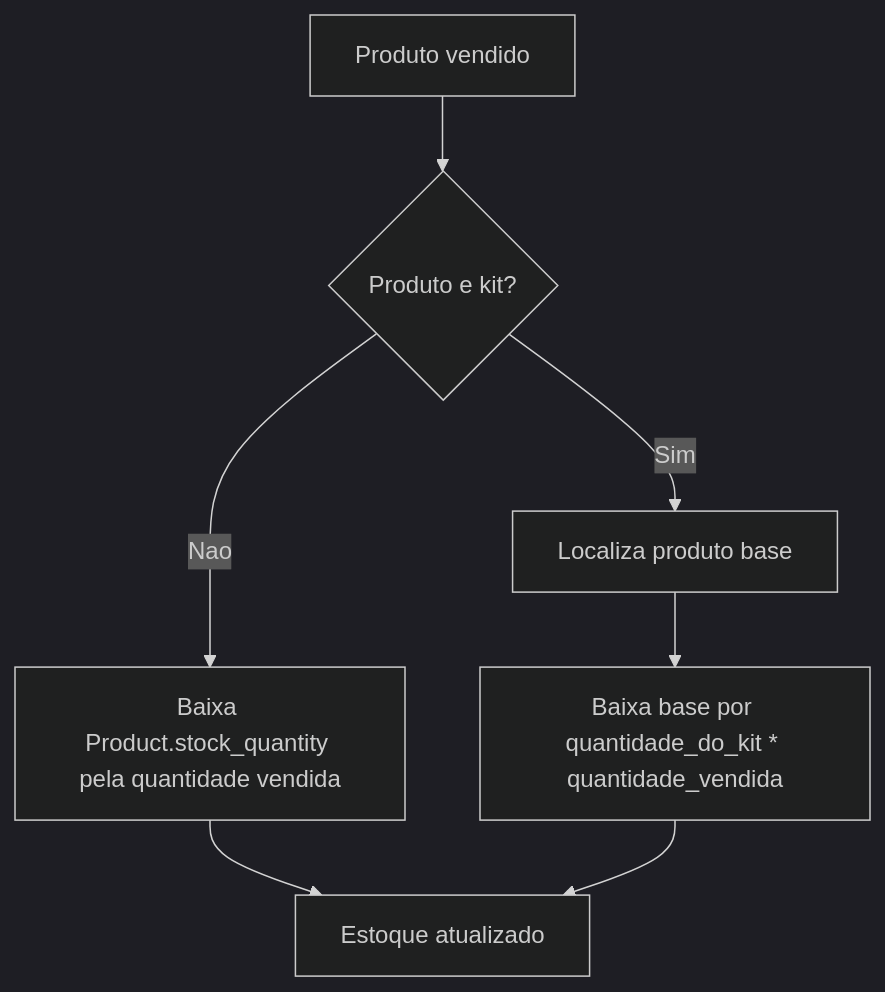
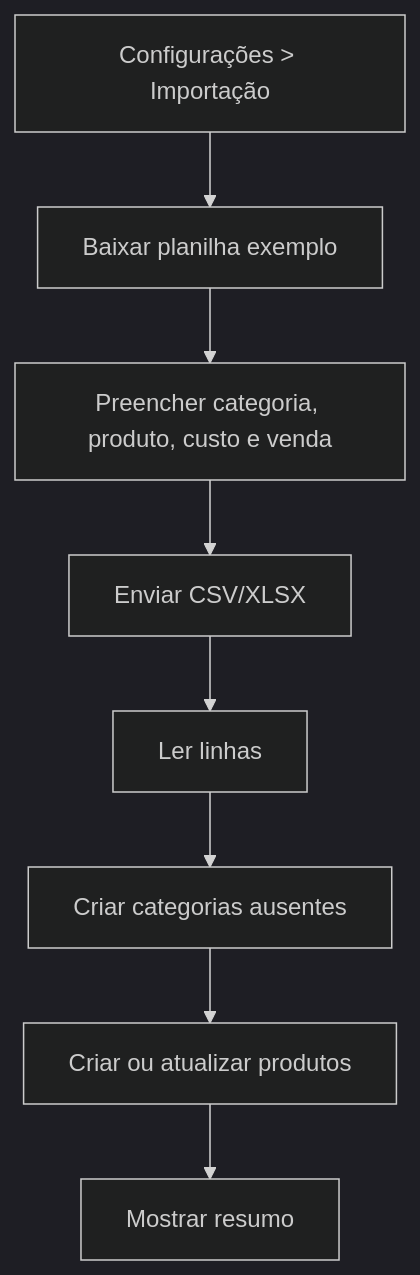
Before and after one commit to RafaelBG7/pdv2026: the sixth of 7 diagrams in docs/06-fluxo-sistema.md, drawn with Mermaid (dark theme). The commit also changed other lines of this file and 82 other files, not shown here.

````diff
--- a/docs/06-fluxo-sistema.md
+++ b/docs/06-fluxo-sistema.md
@@ -98,9 +106,10 @@
 ```mermaid
 flowchart TD
-    A["Produto vendido"] --> B{"Produto e kit?"}
-    B -- "Nao" --> C["Baixa Product.stock_quantity pela quantidade vendida"]
-    B -- "Sim" --> D["Localiza produto base"]
-    D --> E["Baixa base por quantidade_do_kit * quantidade_vendida"]
-    C --> F["Estoque atualizado"]
-    E --> F
+    A["Configurações > Importação"] --> B["Baixar planilha exemplo"]
+    B --> C["Preencher categoria, produto, custo e venda"]
+    C --> D["Enviar CSV/XLSX"]
+    D --> E["Ler linhas"]
+    E --> F["Criar categorias ausentes"]
+    F --> G["Criar ou atualizar produtos"]
+    G --> H["Mostrar resumo"]
 ```
````
